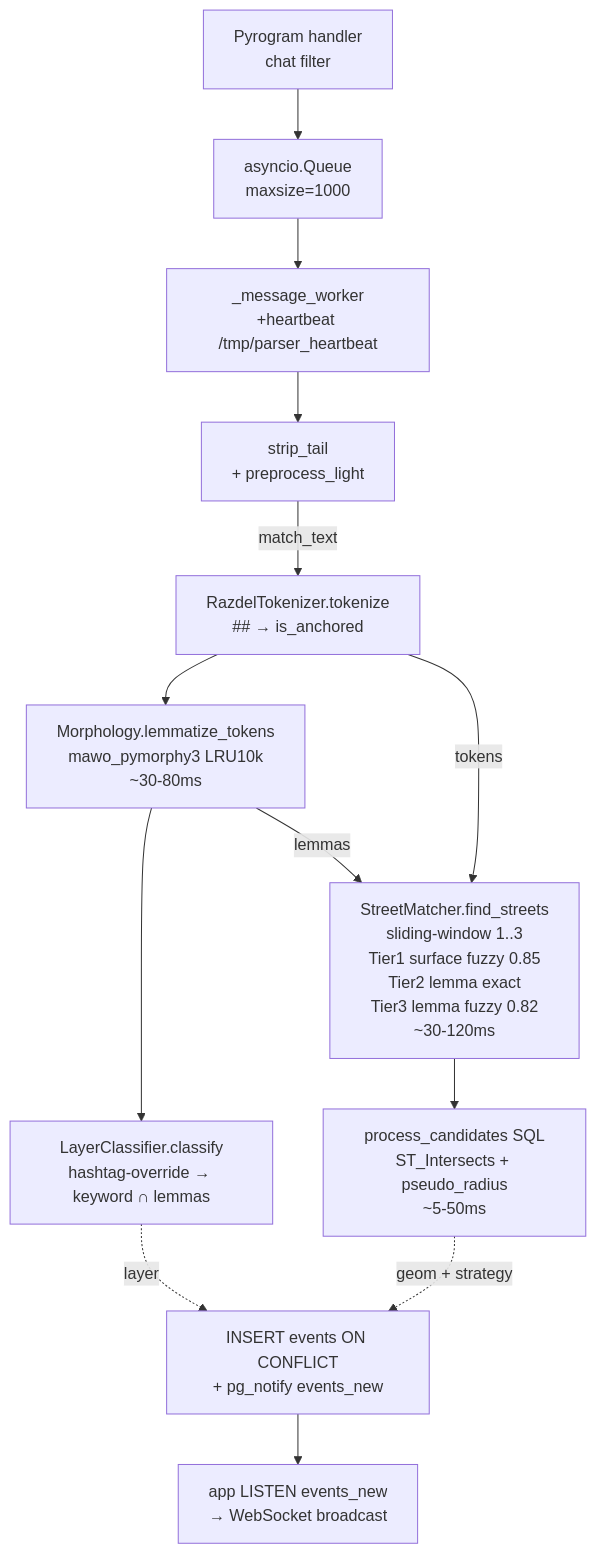
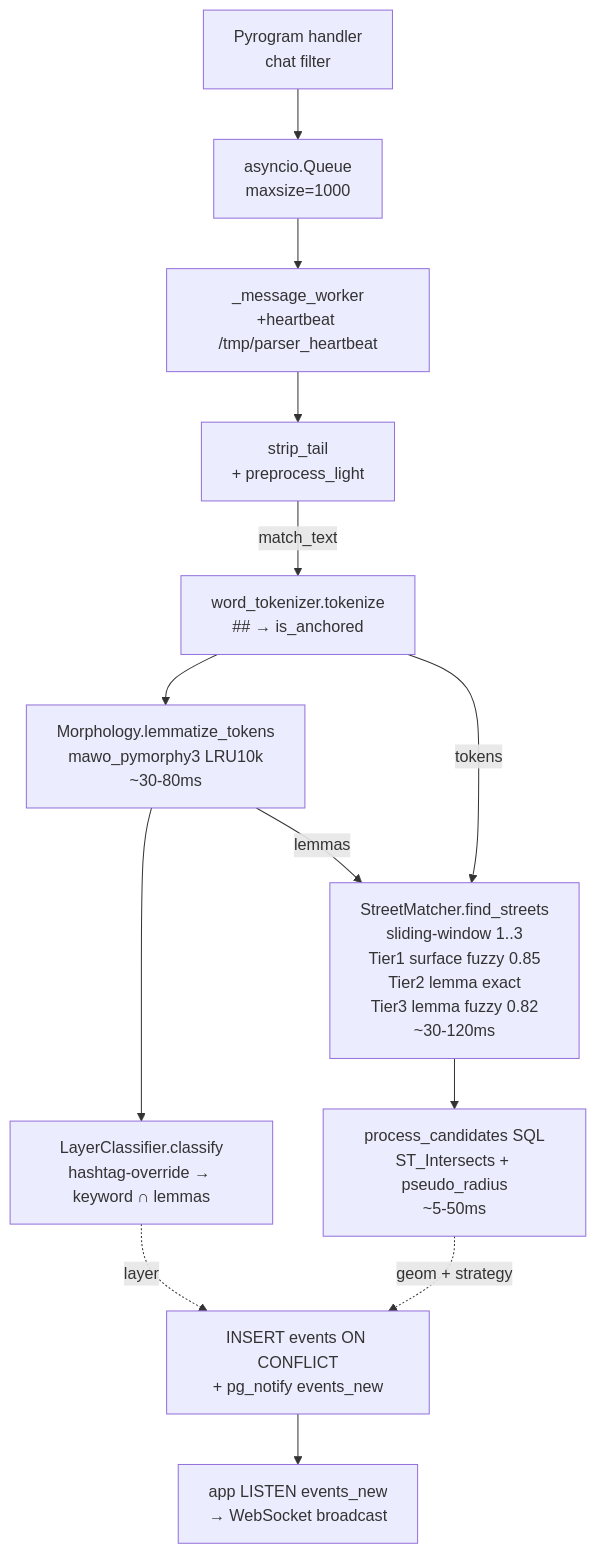
One commit to jin10r/debug changed the diagram in docs/parser.md. Above: the diagram before and after it, drawn with Mermaid. The commit also changed other lines of this file and 40 other files, not shown here.

````diff
--- a/docs/parser.md
+++ b/docs/parser.md
@@ -62,15 +61,15 @@
 ```mermaid
 flowchart TD
     A[Pyrogram handler<br/>chat filter] --> B[asyncio.Queue<br/>maxsize=1000]
     B --> C[_message_worker<br/>+heartbeat /tmp/parser_heartbeat]
     C --> D[strip_tail<br/>+ preprocess_light]
-    D -->|match_text| E[RazdelTokenizer.tokenize<br/>## → is_anchored]
+    D -->|match_text| E[word_tokenizer.tokenize<br/>## → is_anchored]
     E --> F[Morphology.lemmatize_tokens<br/>mawo_pymorphy3 LRU10k<br/>~30-80ms]
     F --> G[LayerClassifier.classify<br/>hashtag-override → keyword ∩ lemmas]
     F -->|lemmas| H
     E -->|tokens| H[StreetMatcher.find_streets<br/>sliding-window 1..3<br/>Tier1 surface fuzzy 0.85<br/>Tier2 lemma exact<br/>Tier3 lemma fuzzy 0.82<br/>~30-120ms]
     H --> I[process_candidates SQL<br/>ST_Intersects + pseudo_radius<br/>~5-50ms]
     G -.layer.-> J
     I -.geom + strategy.-> J[INSERT events ON CONFLICT<br/>+ pg_notify events_new]
     J --> K[app LISTEN events_new<br/>→ WebSocket broadcast]
 ```
````
